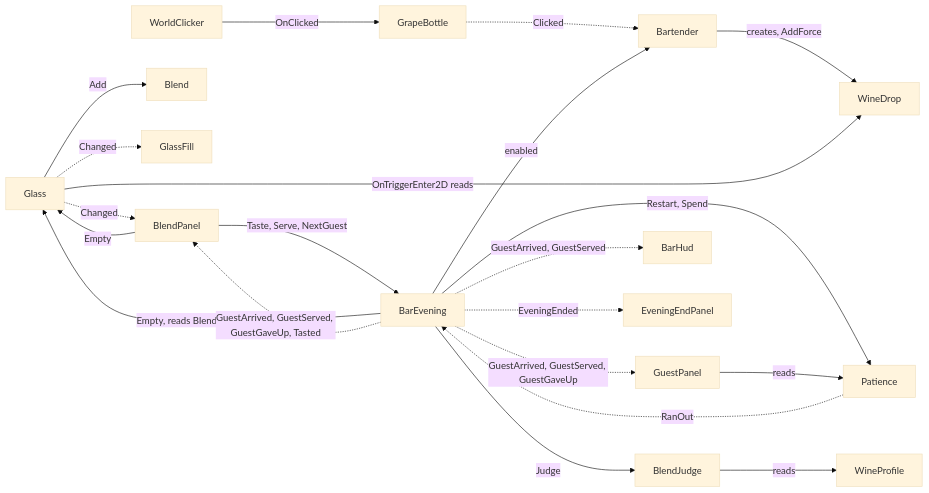
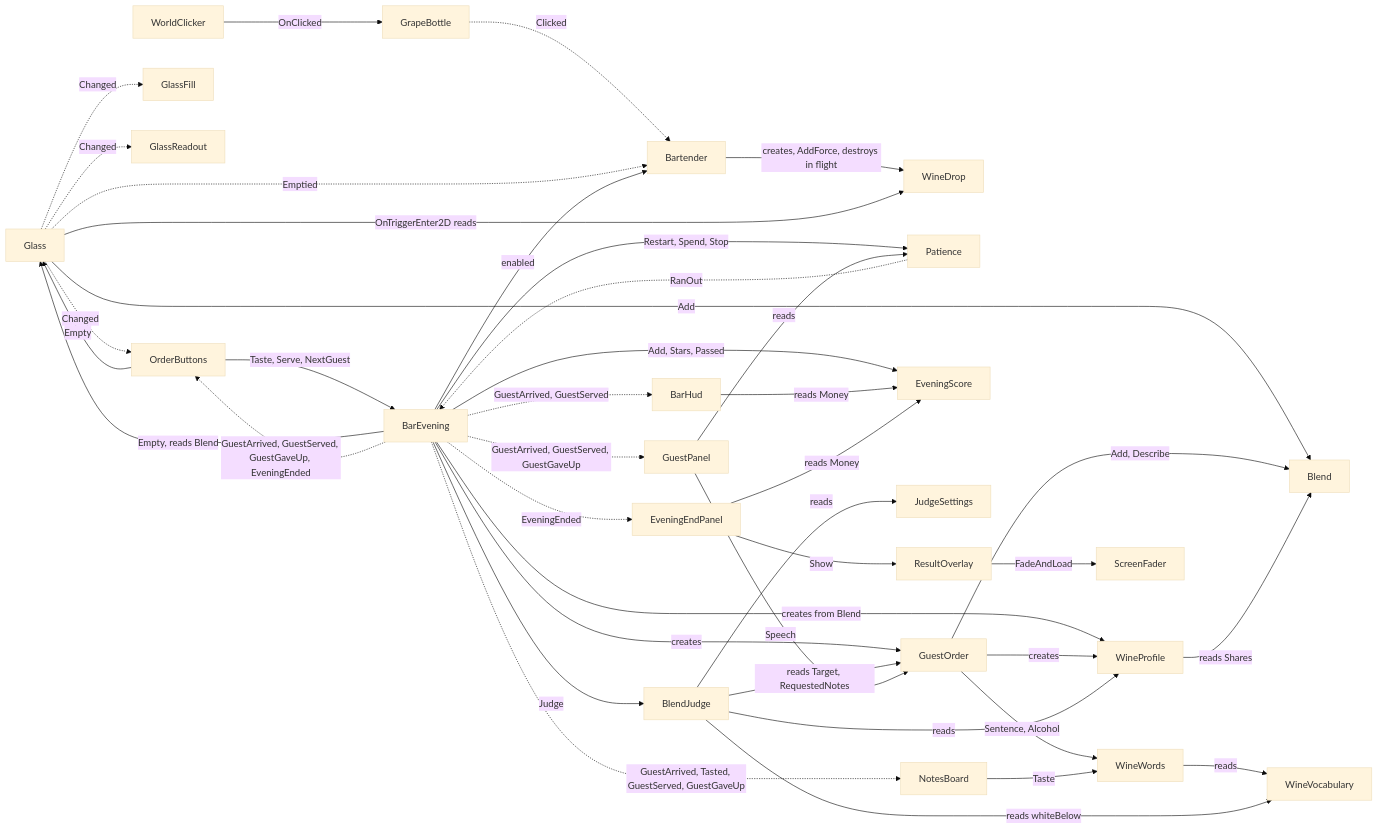
The diagram in README.md (Game-development-Ariel/ex4-vino-blend-bar), drawn with Mermaid (base theme) before and after one commit. The commit also changed other lines of this file, not shown here.

````diff
--- a/README.md
+++ b/README.md
@@ -74,25 +76,45 @@
 ```mermaid
 flowchart LR
     WorldClicker -- OnClicked --> GrapeBottle
     GrapeBottle -. Clicked .-> Bartender
-    Bartender -- creates, AddForce --> WineDrop
+    Bartender -- creates, AddForce, destroys in flight --> WineDrop
     Glass -- OnTriggerEnter2D reads --> WineDrop
     Glass -- Add --> Blend
+    Glass -. Emptied .-> Bartender
     Glass -. Changed .-> GlassFill
-    Glass -. Changed .-> BlendPanel
+    Glass -. Changed .-> GlassReadout
+    Glass -. Changed .-> OrderButtons
 
-    BarEvening -- Restart, Spend --> Patience
+    BarEvening -- Restart, Spend, Stop --> Patience
     Patience -. RanOut .-> BarEvening
-    BarEvening -- Judge --> BlendJudge
-    BlendJudge -- reads --> WineProfile
     BarEvening -- enabled --> Bartender
     BarEvening -- Empty, reads Blend --> Glass
+    BarEvening -- creates --> GuestOrder
+    BarEvening -- creates from Blend --> WineProfile
+    BarEvening -- Judge --> BlendJudge
+    BarEvening -- Add, Stars, Passed --> EveningScore
+    GuestOrder -- Add, Describe --> Blend
+    GuestOrder -- creates --> WineProfile
+    WineProfile -- reads Shares --> Blend
+    GuestOrder -- Sentence, Alcohol --> WineWords
+    WineWords -- reads --> WineVocabulary
+    BlendJudge -- reads Target, RequestedNotes --> GuestOrder
+    BlendJudge -- reads --> WineProfile
+    BlendJudge -- reads --> JudgeSettings
+    BlendJudge -- reads whiteBelow --> WineVocabulary
 
-    BarEvening -. GuestArrived, GuestServed, GuestGaveUp, Tasted .-> BlendPanel
+    BarEvening -. GuestArrived, GuestServed .-> BarHud
     BarEvening -. GuestArrived, GuestServed, GuestGaveUp .-> GuestPanel
-    BarEvening -. GuestArrived, GuestServed .-> BarHud
+    BarEvening -. GuestArrived, Tasted, GuestServed, GuestGaveUp .-> NotesBoard
+    BarEvening -. GuestArrived, GuestServed, GuestGaveUp, EveningEnded .-> OrderButtons
     BarEvening -. EveningEnded .-> EveningEndPanel
-    BlendPanel -- Taste, Serve, NextGuest --> BarEvening
-    BlendPanel -- Empty --> Glass
+    GuestPanel -- Speech --> GuestOrder
     GuestPanel -- reads --> Patience
+    NotesBoard -- Taste --> WineWords
+    OrderButtons -- Taste, Serve, NextGuest --> BarEvening
+    OrderButtons -- Empty --> Glass
+    BarHud -- reads Money --> EveningScore
+    EveningEndPanel -- reads Money --> EveningScore
+    EveningEndPanel -- Show --> ResultOverlay
+    ResultOverlay -- FadeAndLoad --> ScreenFader
 ```
````
